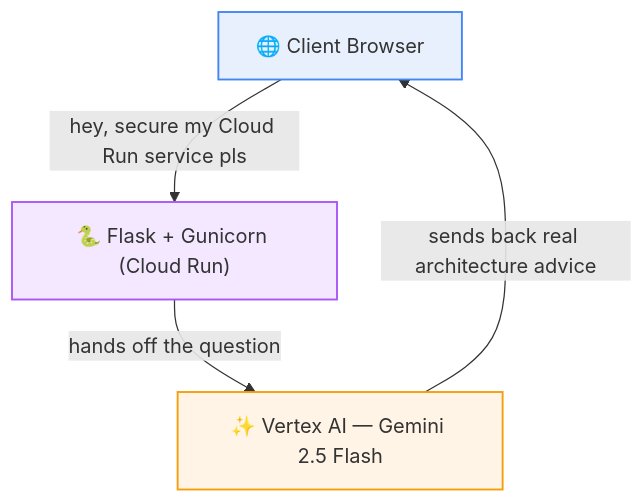
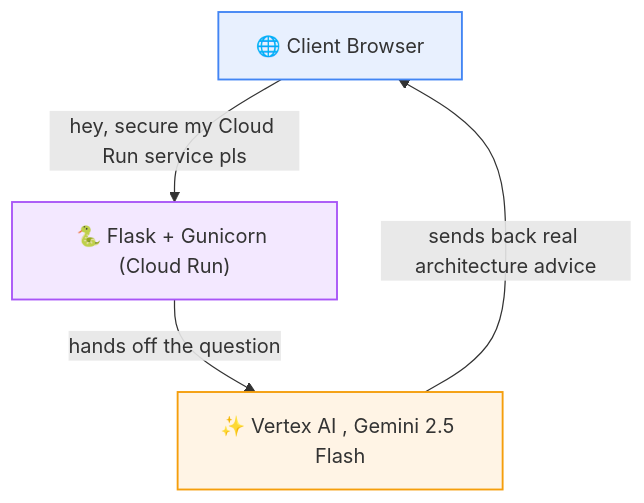
Before and after one commit to Salman-Sensei/gemini-cloud-architect-assistant: the diagram in README.md, drawn with Mermaid. The commit also changed other lines of this file, not shown here.

````diff
--- a/README.md
+++ b/README.md
@@ -28,10 +28,10 @@
 ```mermaid
 flowchart TD
     A["🌐 Client Browser"] -->|"hey, secure my Cloud Run service pls"| B["🐍 Flask + Gunicorn (Cloud Run)"]
-    B -->|"hands off the question"| C["✨ Vertex AI — Gemini 2.5 Flash"]
+    B -->|"hands off the question"| C["✨ Vertex AI , Gemini 2.5 Flash"]
     C -->|"sends back real architecture advice"| A
 
     style A fill:#e8f0fe,stroke:#4285f4,stroke-width:1.5px
     style B fill:#f3e8ff,stroke:#a855f7,stroke-width:1.5px
     style C fill:#fff4e5,stroke:#f59e0b,stroke-width:1.5px
 ```
````
